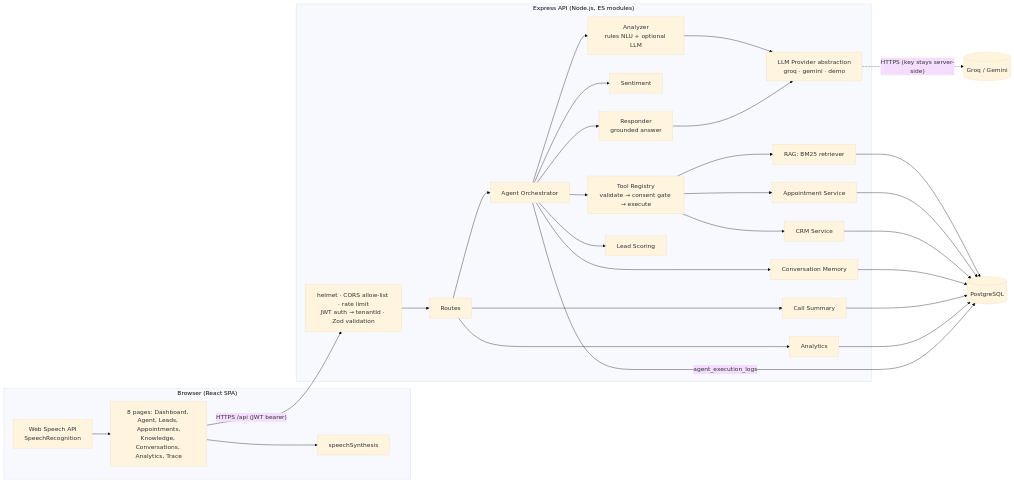
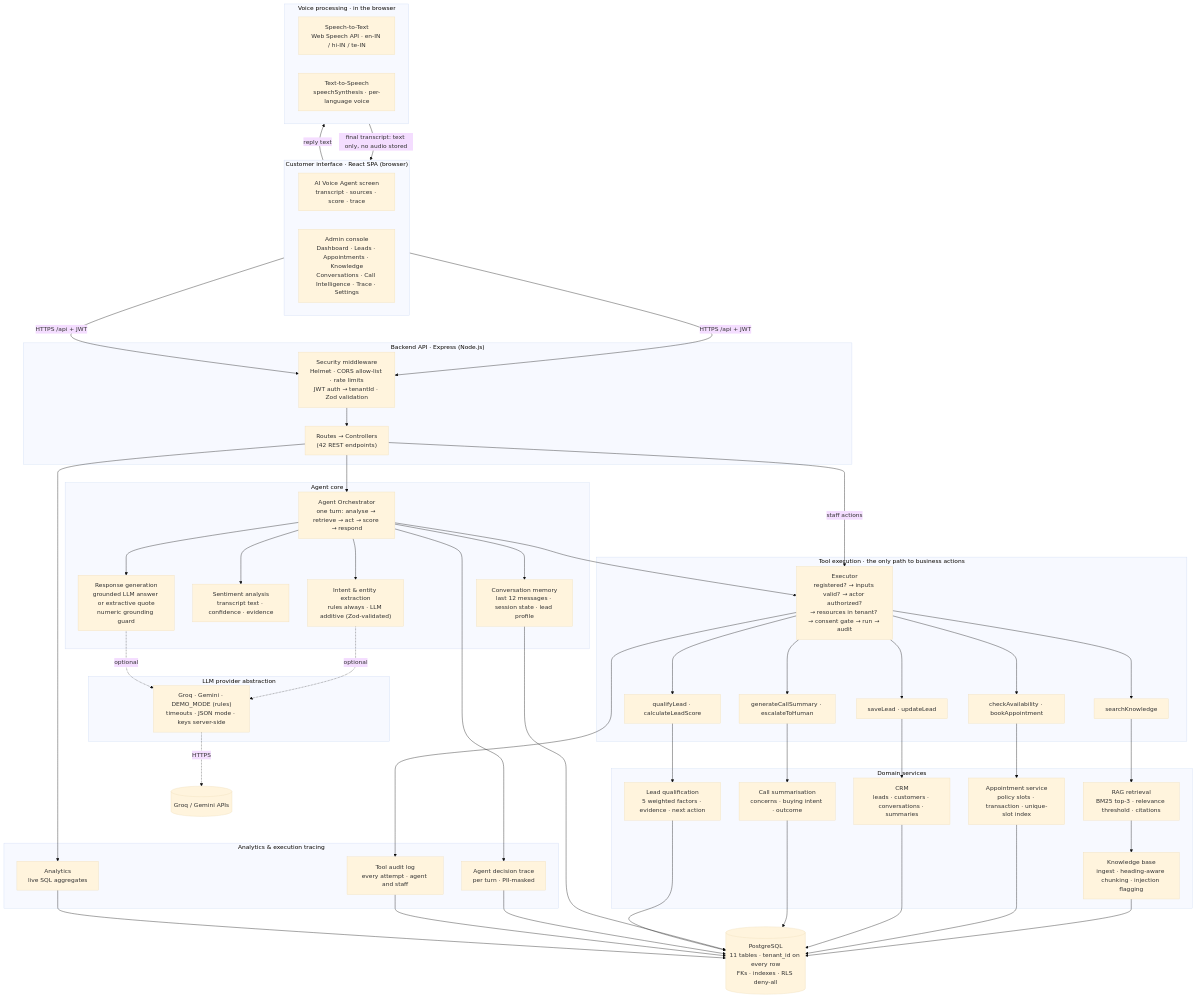
Before and after one commit to chandu7313/VaaniQ: the first of 4 diagrams in docs/ARCHITECTURE.md, drawn with Mermaid (base theme). The commit also changed other lines of this file and 13 other files, not shown here.

First line of the commit message:
Prepare docs for submission; admin-only knowledge delete; new logo

````diff
--- a/docs/ARCHITECTURE.md
+++ b/docs/ARCHITECTURE.md
@@ -7,38 +9,99 @@
 ```mermaid
-flowchart LR
-  subgraph Browser["Browser (React SPA)"]
-    UI[8 pages: Dashboard, Agent, Leads, Appointments,<br/>Knowledge, Conversations, Analytics, Trace]
-    STT[Web Speech API<br/>SpeechRecognition] --> UI
-    UI --> TTS[speechSynthesis]
+flowchart TB
+  %% ---------- Customer side ----------
+  subgraph CI["Customer interface · React SPA (browser)"]
+    direction LR
+    UI["AI Voice Agent screen<br/>transcript · sources · score · trace"]
+    ADMIN["Admin console<br/>Dashboard · Leads · Appointments · Knowledge<br/>Conversations · Call Intelligence · Trace · Settings"]
   end
 
-  UI -- "HTTPS /api (JWT bearer)" --> MW
-
-  subgraph API["Express API (Node.js, ES modules)"]
-    MW[helmet · CORS allow-list · rate limit<br/>JWT auth → tenantId · Zod validation]
-    MW --> R[Routes]
-    R --> ORCH[Agent Orchestrator]
-    ORCH --> AN[Analyzer<br/>rules NLU + optional LLM]
-    ORCH --> SENT[Sentiment]
-    ORCH --> REG[Tool Registry<br/>validate → consent gate → execute]
-    ORCH --> RESP[Responder<br/>grounded answer]
-    ORCH --> SCORE[Lead Scoring]
-    ORCH --> MEM[Conversation Memory]
-    REG --> RAG[RAG: BM25 retriever]
-    REG --> APPT[Appointment Service]
-    REG --> CRM[CRM Service]
-    AN --> LLM[LLM Provider abstraction<br/>groq · gemini · demo]
-    RESP --> LLM
-    R --> SUM[Call Summary]
-    R --> ANA[Analytics]
+  subgraph VP["Voice processing · in the browser"]
+    direction LR
+    STT["Speech-to-Text<br/>Web Speech API · en-IN / hi-IN / te-IN"]
+    TTS["Text-to-Speech<br/>speechSynthesis · per-language voice"]
   end
 
-  LLM -. "HTTPS (key stays server-side)" .-> EXT[(Groq / Gemini)]
-  RAG --> DB[(PostgreSQL)]
+  STT -->|"final transcript: text only, no audio stored"| UI
+  UI -->|reply text| TTS
+
+  %% ---------- Backend ----------
+  subgraph API["Backend API · Express (Node.js)"]
+    MW["Security middleware<br/>Helmet · CORS allow-list · rate limits<br/>JWT auth → tenantId · Zod validation"]
+    ROUTES["Routes → Controllers<br/>(42 REST endpoints)"]
+    MW --> ROUTES
+  end
+
+  UI -->|"HTTPS /api + JWT"| MW
+  ADMIN -->|"HTTPS /api + JWT"| MW
+
+  subgraph CORE["Agent core"]
+    ORCH["Agent Orchestrator<br/>one turn: analyse → retrieve → act → score → respond"]
+    NLU["Intent & entity extraction<br/>rules always · LLM additive (Zod-validated)"]
+    SENT["Sentiment analysis<br/>transcript text · confidence · evidence"]
+    MEM["Conversation memory<br/>last 12 messages · session state · lead profile"]
+    RESP["Response generation<br/>grounded LLM answer or extractive quote<br/>numeric grounding guard"]
+  end
+
+  ROUTES --> ORCH
+  ORCH --> NLU
+  ORCH --> SENT
+  ORCH --> MEM
+  ORCH --> RESP
+
+  subgraph AI["LLM provider abstraction"]
+    LLM["Groq · Gemini · DEMO_MODE (rules)<br/>timeouts · JSON mode · keys server-side"]
+  end
+  NLU -.->|optional| LLM
+  RESP -.->|optional| LLM
+  LLM -.->|HTTPS| EXT[("Groq / Gemini APIs")]
+
+  subgraph TOOLS["Tool execution · the only path to business actions"]
+    EXEC["Executor<br/>registered? → inputs valid? → actor authorized?<br/>→ resources in tenant? → consent gate → run → audit"]
+    T1["searchKnowledge"]
+    T2["qualifyLead · calculateLeadScore"]
+    T3["checkAvailability · bookAppointment"]
+    T4["saveLead · updateLead"]
+    T5["generateCallSummary · escalateToHuman"]
+    EXEC --> T1 & T2 & T3 & T4 & T5
+  end
+
+  ORCH --> EXEC
+  ROUTES -->|staff actions| EXEC
+
+  subgraph SVC["Domain services"]
+    RAG["RAG retrieval<br/>BM25 top-3 · relevance threshold · citations"]
+    KB["Knowledge base<br/>ingest · heading-aware chunking · injection flagging"]
+    LQ["Lead qualification<br/>5 weighted factors · evidence · next action"]
+    APPT["Appointment service<br/>policy slots · transaction · unique-slot index"]
+    CRM["CRM<br/>leads · customers · conversations · summaries"]
+    SUM["Call summarisation<br/>concerns · buying intent · outcome"]
+  end
+
+  T1 --> RAG
+  RAG --> KB
+  T2 --> LQ
+  T3 --> APPT
+  T4 --> CRM
+  T5 --> SUM
+
+  subgraph OBS["Analytics & execution tracing"]
+    TRACE["Agent decision trace<br/>per turn · PII-masked"]
+    AUDIT["Tool audit log<br/>every attempt · agent and staff"]
+    ANA["Analytics<br/>live SQL aggregates"]
+  end
+
+  ORCH --> TRACE
+  EXEC --> AUDIT
+
+  DB[("PostgreSQL<br/>11 tables · tenant_id on every row<br/>FKs · indexes · RLS deny-all")]
+  KB --> DB
   APPT --> DB
   CRM --> DB
+  SUM --> DB
   MEM --> DB
-  SUM --> DB
+  LQ --> DB
+  TRACE --> DB
+  AUDIT --> DB
   ANA --> DB
-  ORCH -- "agent_execution_logs" --> DB
+  ROUTES --> ANA
 ```
````
